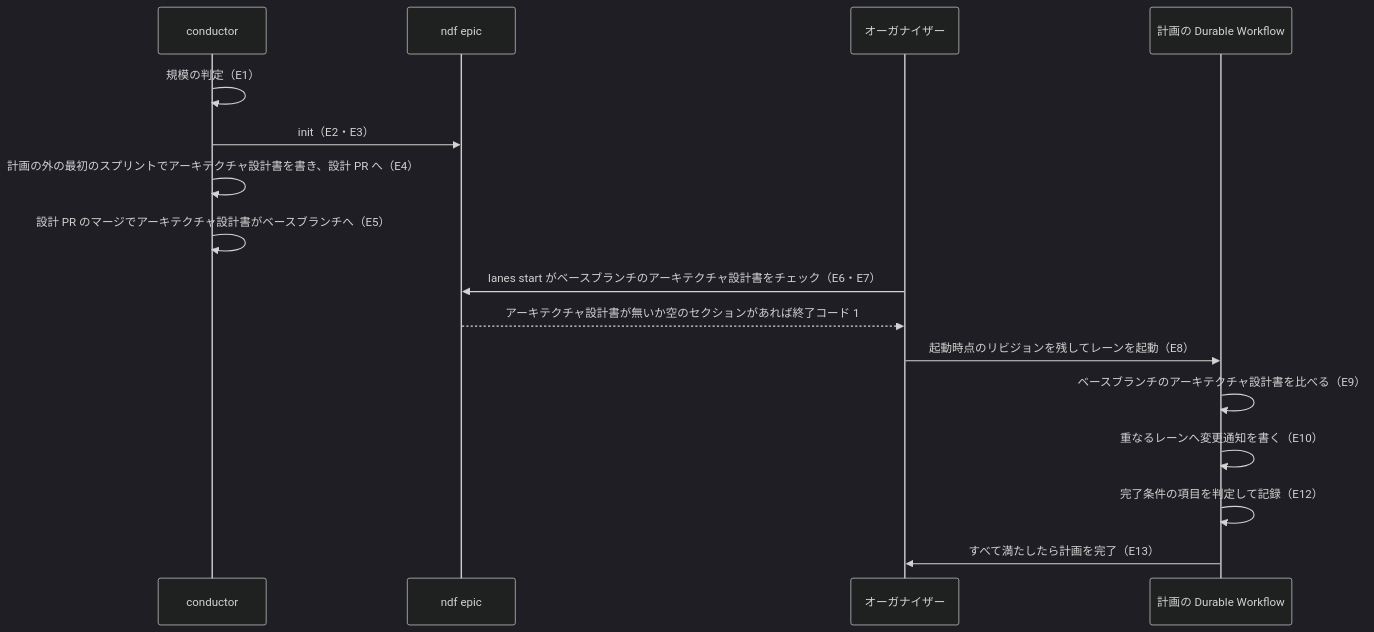
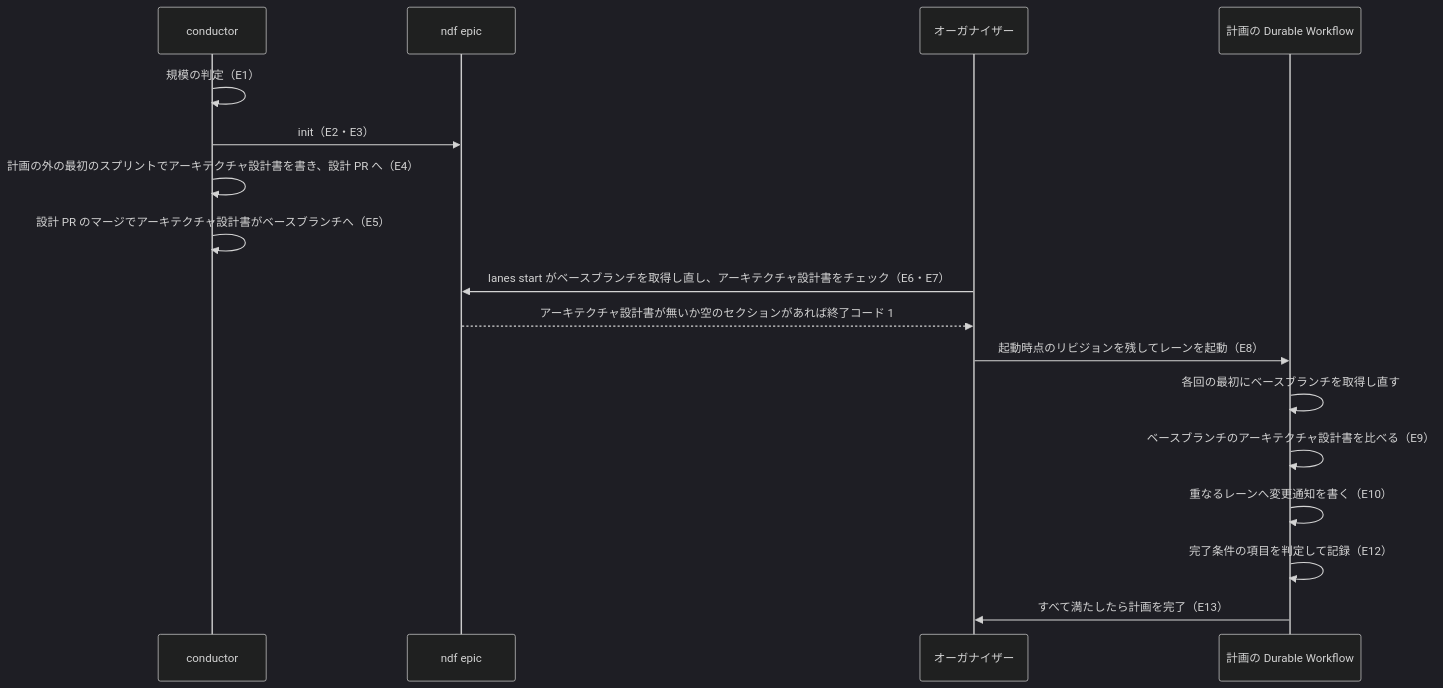
Before and after one commit to devbasex/ai-plugins: the fourth of 5 diagrams in issues/issue-3600-design.md, drawn with Mermaid (dark theme). The commit also changed other lines of this file and 3 other files, not shown here.

````diff
--- a/issues/issue-3600-design.md
+++ b/issues/issue-3600-design.md
@@ -441,18 +445,19 @@
 ```mermaid
 sequenceDiagram
     participant C as conductor
     participant E as ndf epic
     participant O as オーガナイザー
     participant W as 計画の Durable Workflow
     C->>C: 規模の判定（E1）
     C->>E: init（E2・E3）
     C->>C: 計画の外の最初のスプリントでアーキテクチャ設計書を書き、設計 PR へ（E4）
     C->>C: 設計 PR のマージでアーキテクチャ設計書がベースブランチへ（E5）
-    O->>E: lanes start がベースブランチのアーキテクチャ設計書をチェック（E6・E7）
+    O->>E: lanes start がベースブランチを取得し直し、アーキテクチャ設計書をチェック（E6・E7）
     E-->>O: アーキテクチャ設計書が無いか空のセクションがあれば終了コード 1
     O->>W: 起動時点のリビジョンを残してレーンを起動（E8）
+    W->>W: 各回の最初にベースブランチを取得し直す
     W->>W: ベースブランチのアーキテクチャ設計書を比べる（E9）
     W->>W: 重なるレーンへ変更通知を書く（E10）
     W->>W: 完了条件の項目を判定して記録（E12）
     W->>O: すべて満たしたら計画を完了（E13）
 ```
````
